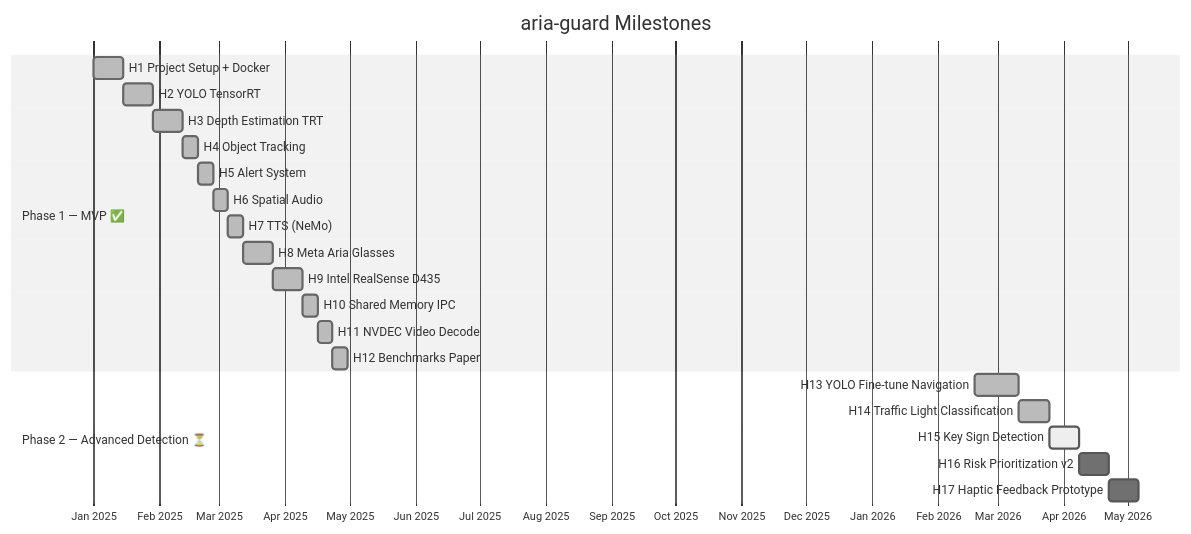
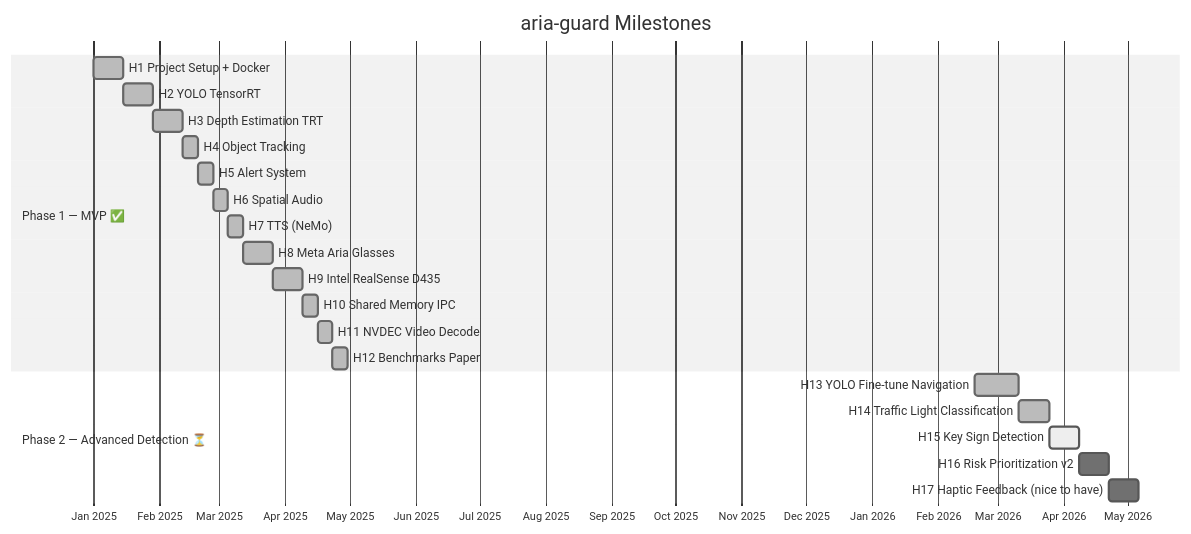
Before and after one commit to robertteleng/aria-guard: diagram 12 of 12 in README.md, drawn with Mermaid (neutral theme). The commit also changed other lines of this file, not shown here.

Commit message:
docs: mark H13/H14 done, H15 active, H17 as nice-to-have

````diff
--- a/README.md
+++ b/README.md
@@ -833,27 +833,27 @@
 ```mermaid
 gantt
     title aria-guard Milestones
     dateFormat YYYY-MM-DD
     axisFormat %b %Y
 
     section Phase 1 — MVP ✅
     H1  Project Setup + Docker        :done, h1, 2025-01-01, 14d
     H2  YOLO TensorRT                 :done, h2, after h1, 14d
     H3  Depth Estimation TRT          :done, h3, after h2, 14d
     H4  Object Tracking               :done, h4, after h3, 7d
     H5  Alert System                  :done, h5, after h4, 7d
     H6  Spatial Audio                 :done, h6, after h5, 7d
     H7  TTS (NeMo)                    :done, h7, after h6, 7d
     H8  Meta Aria Glasses             :done, h8, after h7, 14d
     H9  Intel RealSense D435          :done, h9, after h8, 14d
     H10 Shared Memory IPC             :done, h10, after h9, 7d
     H11 NVDEC Video Decode            :done, h11, after h10, 7d
     H12 Benchmarks Paper              :done, h12, after h11, 7d
 
     section Phase 2 — Advanced Detection ⏳
     H13 YOLO Fine-tune Navigation     :done, h13, 2026-02-18, 21d
     H14 Traffic Light Classification  :done, h14, after h13, 14d
     H15 Key Sign Detection            :active, h15, after h14, 14d
     H16 Risk Prioritization v2        :h16, after h15, 14d
-    H17 Haptic Feedback Prototype     :h17, after h16, 14d
+    H17 Haptic Feedback (nice to have) :h17, after h16, 14d
 ```
````
